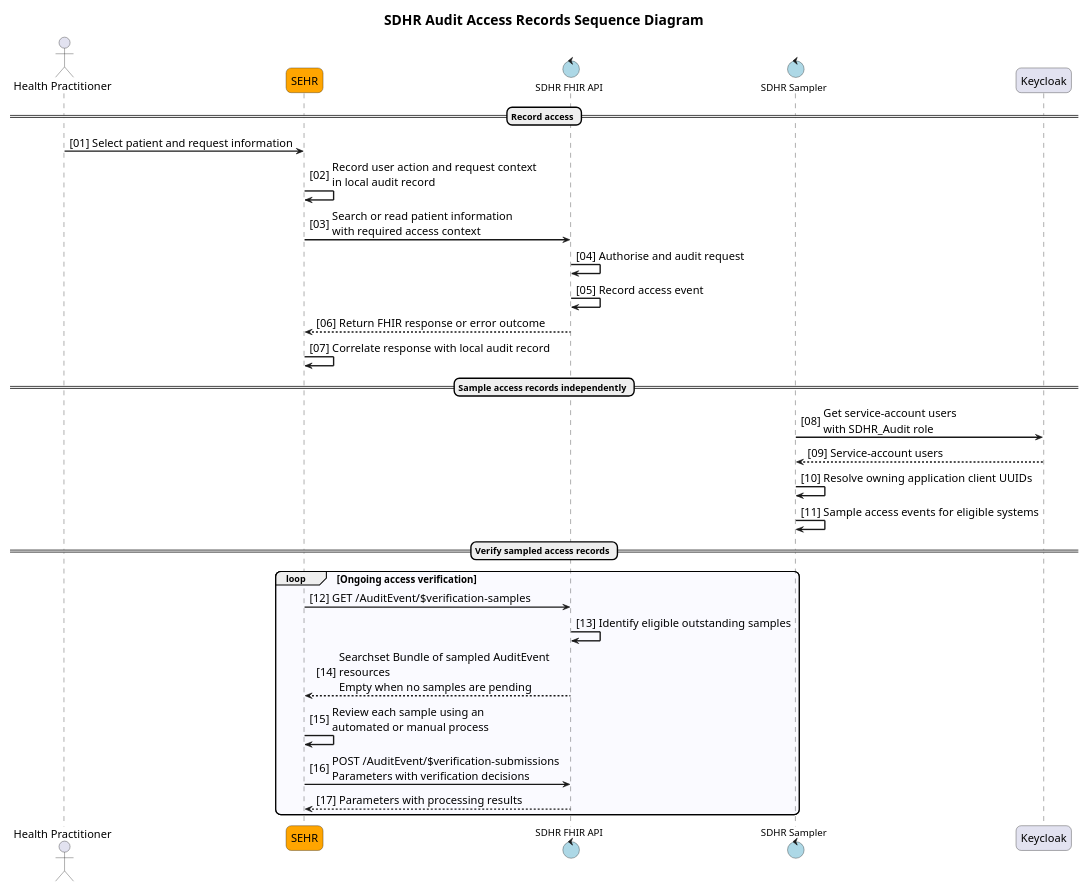
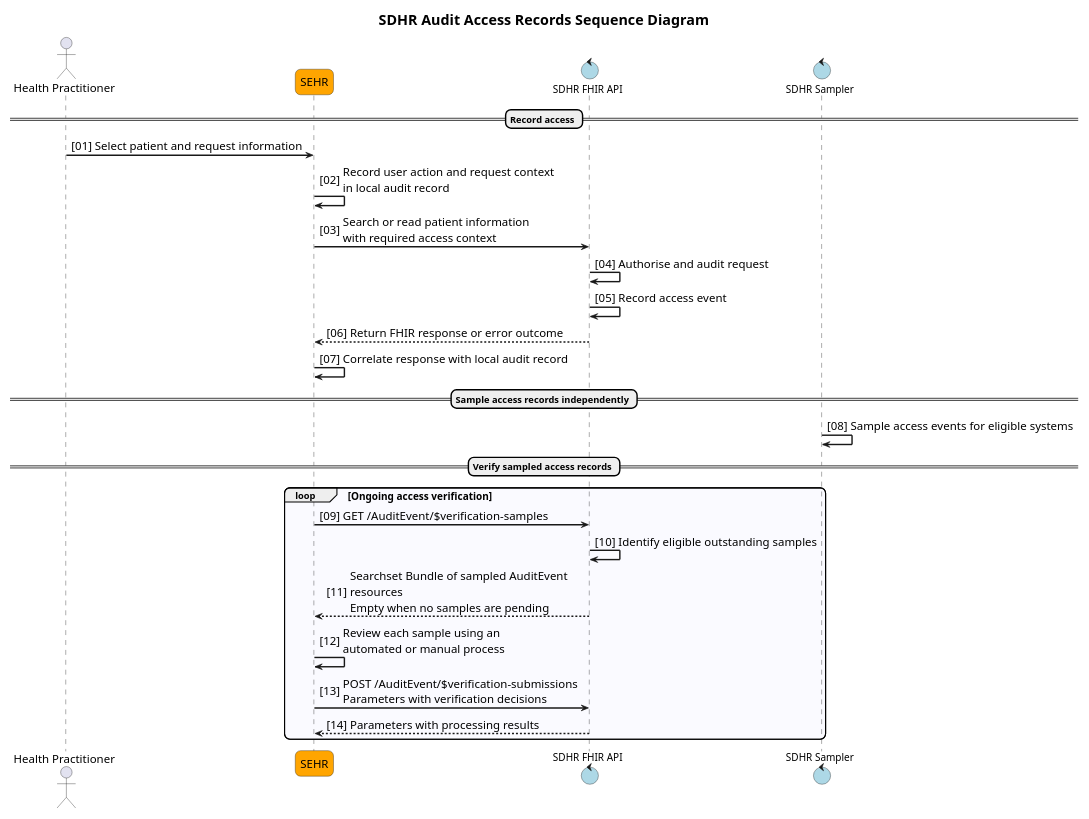
The diagram in input/images-source/verification-workflow-overview.plantuml (tewhatuora/fhir-sdhr), drawn with PlantUML before and after one commit. The commit also changed 2 other files, not shown here.

Commit message:
Clarify audit verification examples and acquisition documentation

```diff
--- a/input/images-source/verification-workflow-overview.plantuml
+++ b/input/images-source/verification-workflow-overview.plantuml
@@ -1,64 +1,60 @@
 @startuml
 
 title SDHR Audit Access Records Sequence Diagram
 
 autonumber "<color:Black>[00]"
 
 skinparam ActorFontSize 16
 skinparam ArrowFontSize 12
 skinparam ArrowFontSize 16
 skinparam BoxPadding 5
 skinparam DatabaseFontSize 16
 skinparam dpi 400
 skinparam EntityFontSize 16
 skinparam MaxMessageSize 375
 skinparam NoteFontSize 14
 skinparam ParticipantFontSize 16
 skinparam ParticipantPadding 5
 skinparam responseMessageBelowArrow true
 skinparam roundcorner 15
 skinparam sequenceArrowThickness 2
 skinparam SequenceBoxFontSize 16
 skinparam sequencegroupfontsize 14
 skinparam SequenceMessageAlignment left
 skinparam sequenceStyle uml2
 skinparam TitleFontSize 20
 skinparam SequenceGroupBodyBackgroundColor #EEEEFF50
 
 scale max 260 width
 
 actor "Health Practitioner" as USER
 participant "SEHR" as APP #Orange
 control "SDHR FHIR API" as FHIRAPI #LightBlue
 control "SDHR Sampler" as SAMPLER #LightBlue
-participant "Keycloak" as KC
 
 == Record access ==
 
 USER -> APP : Select patient and request information
 APP -> APP : Record user action and request context\nin local audit record
 APP -> FHIRAPI : Search or read patient information\nwith required access context
 FHIRAPI -> FHIRAPI : Authorise and audit request
 FHIRAPI -> FHIRAPI : Record access event
 FHIRAPI --> APP : Return FHIR response or error outcome
 APP -> APP : Correlate response with local audit record
 
 == Sample access records independently ==
 
-SAMPLER -> KC : Get service-account users\nwith SDHR_Audit role
-KC --> SAMPLER : Service-account users
-SAMPLER -> SAMPLER : Resolve owning application client UUIDs
 SAMPLER -> SAMPLER : Sample access events for eligible systems
 
 == Verify sampled access records ==
 
 loop Ongoing access verification
     APP -> FHIRAPI : GET /AuditEvent/$verification-samples
     FHIRAPI -> FHIRAPI : Identify eligible outstanding samples
     FHIRAPI --> APP : Searchset Bundle of sampled AuditEvent resources\nEmpty when no samples are pending
     APP -> APP : Review each sample using an\nautomated or manual process
     APP -> FHIRAPI : POST /AuditEvent/$verification-submissions\nParameters with verification decisions
     FHIRAPI --> APP : Parameters with processing results
 end
 
 @enduml
```
